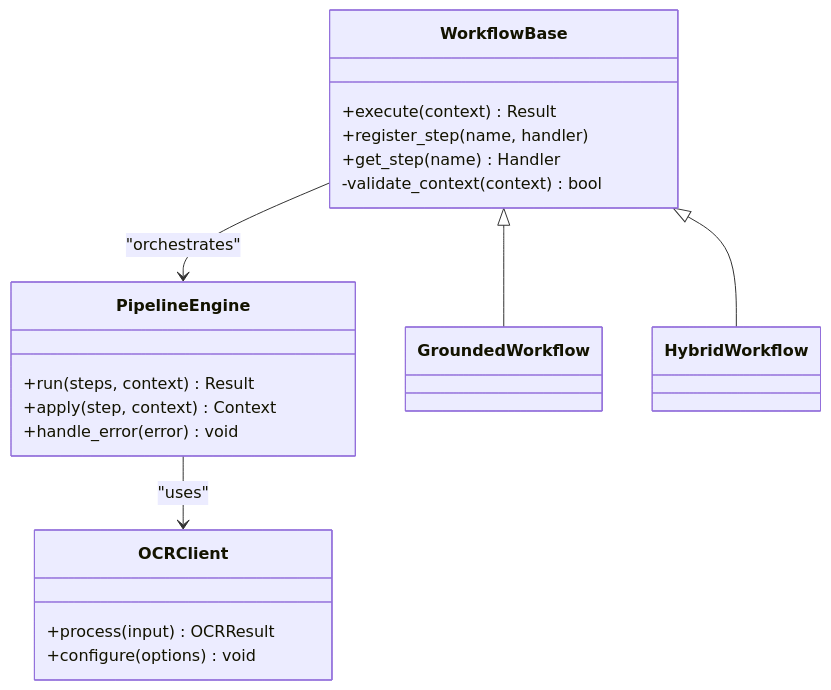
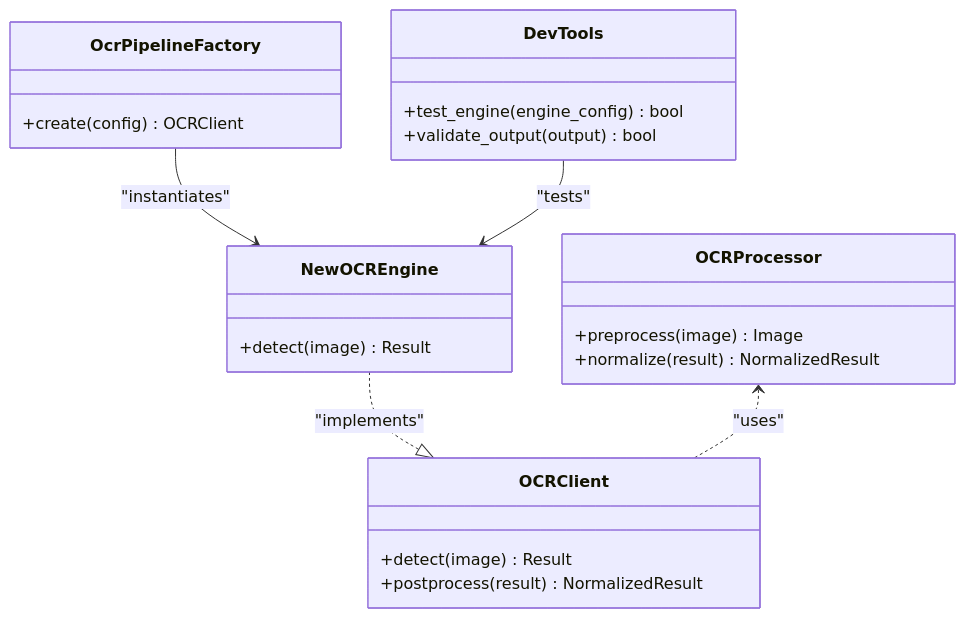
The third of 6 diagrams in .qoder/repowiki/en/content/Developer Guide.md (Sifr-r/LocalDeepL), drawn with Mermaid before and after one commit. The commit also changed other lines of this file and 191 other files, not shown here.

````diff
--- a/.qoder/repowiki/en/content/Developer Guide.md
+++ b/.qoder/repowiki/en/content/Developer Guide.md
@@ -168,22 +340,25 @@
 ```mermaid
 classDiagram
-class WorkflowBase {
-+execute(context) Result
-+register_step(name, handler)
-+get_step(name) Handler
--validate_context(context) bool
+class OCRClient {
++detect(image) Result
++postprocess(result) NormalizedResult
 }
-class PipelineEngine {
-+run(steps, context) Result
-+apply(step, context) Context
-+handle_error(error) void
+class OCRProcessor {
++preprocess(image) Image
++normalize(result) NormalizedResult
 }
-class OCRClient {
-+process(input) OCRResult
-+configure(options) void
+class OcrPipelineFactory {
++create(config) OCRClient
 }
-WorkflowBase <|-- GroundedWorkflow
-WorkflowBase <|-- HybridWorkflow
-PipelineEngine --> OCRClient : "uses"
-WorkflowBase --> PipelineEngine : "orchestrates"
+class NewOCREngine {
++detect(image) Result
+}
+class DevTools {
++test_engine(engine_config) bool
++validate_output(output) bool
+}
+OcrPipelineFactory --> NewOCREngine : "instantiates"
+NewOCREngine ..|> OCRClient : "implements"
+OCRProcessor <.. OCRClient : "uses"
+DevTools --> NewOCREngine : "tests"
 ```
````
